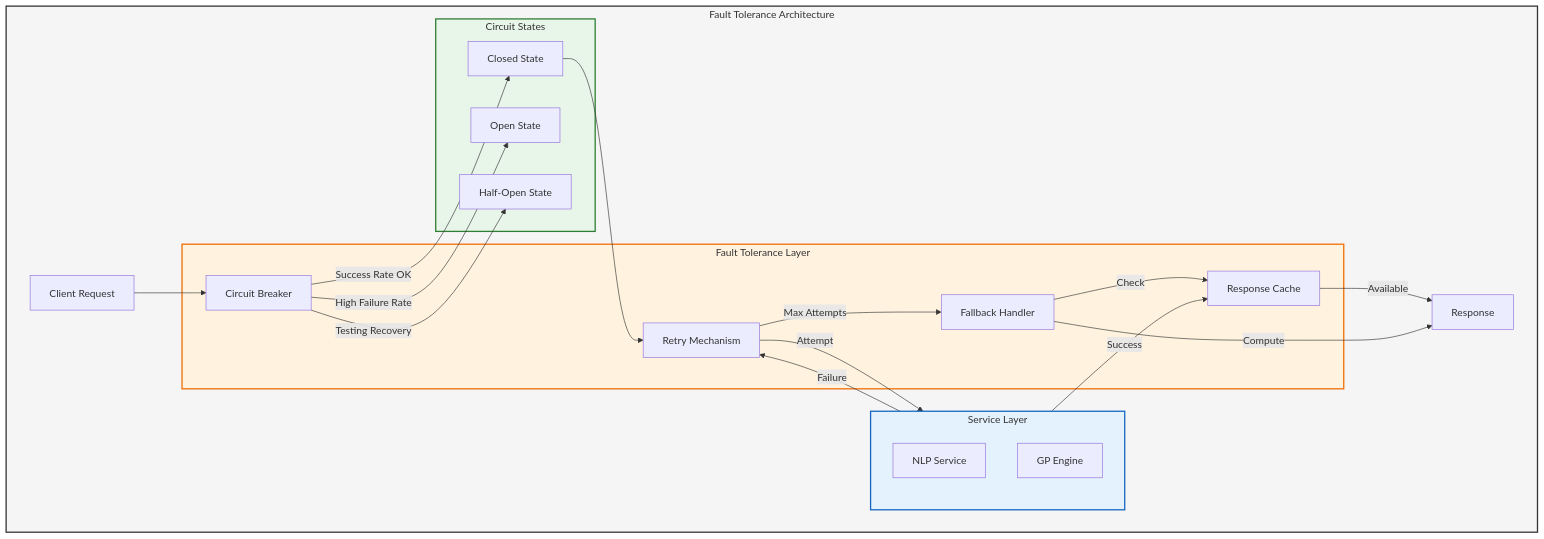
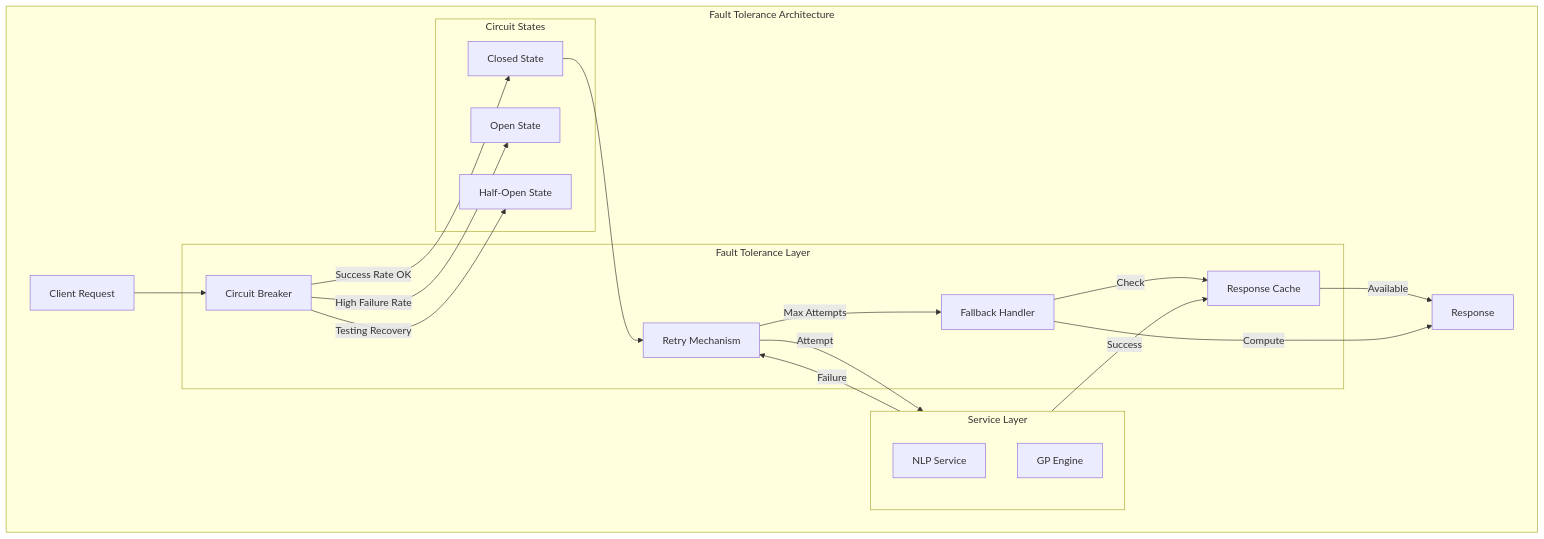
One commit to nshkrdotcom/EADS changed diagram 13 of 16 in README.md. Above: the diagram before and after it, drawn with Mermaid. The commit also changed other lines of this file, not shown here.

````diff
--- a/README.md
+++ b/README.md
@@ -825,41 +819,36 @@
 ```mermaid
 graph TB
     subgraph Architecture["Fault Tolerance Architecture"]
         subgraph Services["Service Layer"]
             NLP[NLP Service]
             GP[GP Engine]
         end
 
         subgraph FaultTolerance["Fault Tolerance Layer"]
             CB[Circuit Breaker]
             Retry[Retry Mechanism]
             Fallback[Fallback Handler]
             Cache[Response Cache]
         end
 
         subgraph States["Circuit States"]
             Closed[Closed State]
             Open[Open State]
             HalfOpen[Half-Open State]
         end
 
         Client[Client Request] --> CB
         CB --> |Success Rate OK| Closed
         CB --> |High Failure Rate| Open
         CB --> |Testing Recovery| HalfOpen
 
         Closed --> Retry
         Retry --> |Attempt| Services
         Services --> |Success| Cache
         Services --> |Failure| Retry
         Retry --> |Max Attempts| Fallback
         Fallback --> |Check| Cache
         Cache --> |Available| Response[Response]
         Fallback --> |Compute| Response
     end
-
-    style Architecture fill:#f5f5f5,stroke:#333,stroke-width:2px
-    style Services fill:#e3f2fd,stroke:#1565c0,stroke-width:2px
-    style FaultTolerance fill:#fff3e0,stroke:#ef6c00,stroke-width:2px
-    style States fill:#e8f5e9,stroke:#2e7d32,stroke-width:2px
 ```
````
